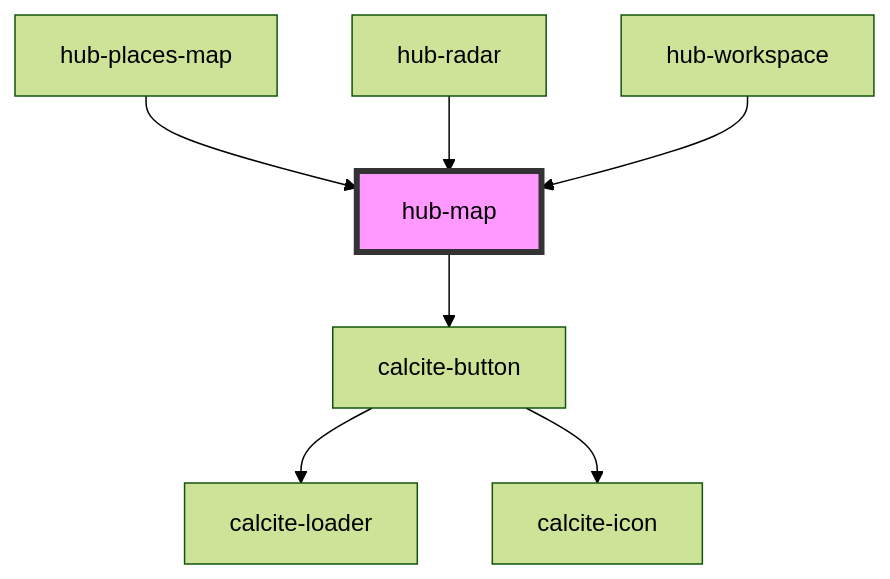
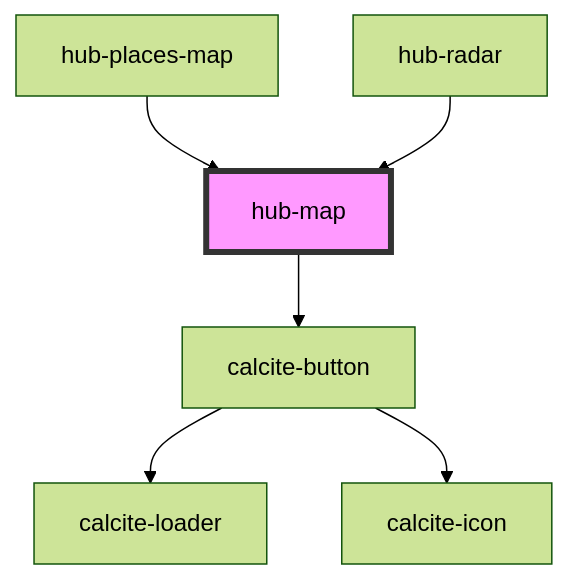
One commit to esridc/hub-components-experiments changed the diagram in src/components/hub-map/readme.md. Above: the diagram before and after it, drawn with Mermaid (forest theme). The commit also changed other lines of this file and 11 other files, not shown here.

````diff
--- a/src/components/hub-map/readme.md
+++ b/src/components/hub-map/readme.md
@@ -48,10 +48,9 @@
 ```mermaid
 graph TD;
   hub-map --> calcite-button
   calcite-button --> calcite-loader
   calcite-button --> calcite-icon
   hub-places-map --> hub-map
   hub-radar --> hub-map
-  hub-workspace --> hub-map
   style hub-map fill:#f9f,stroke:#333,stroke-width:4px
 ```
````
